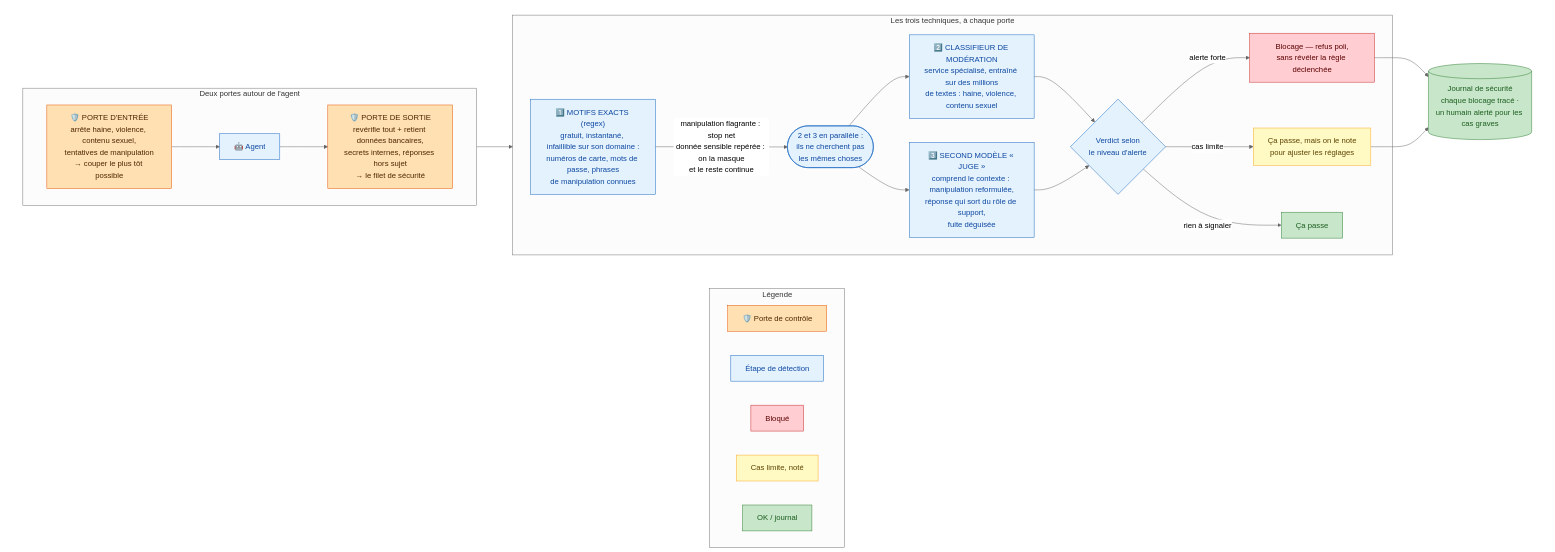
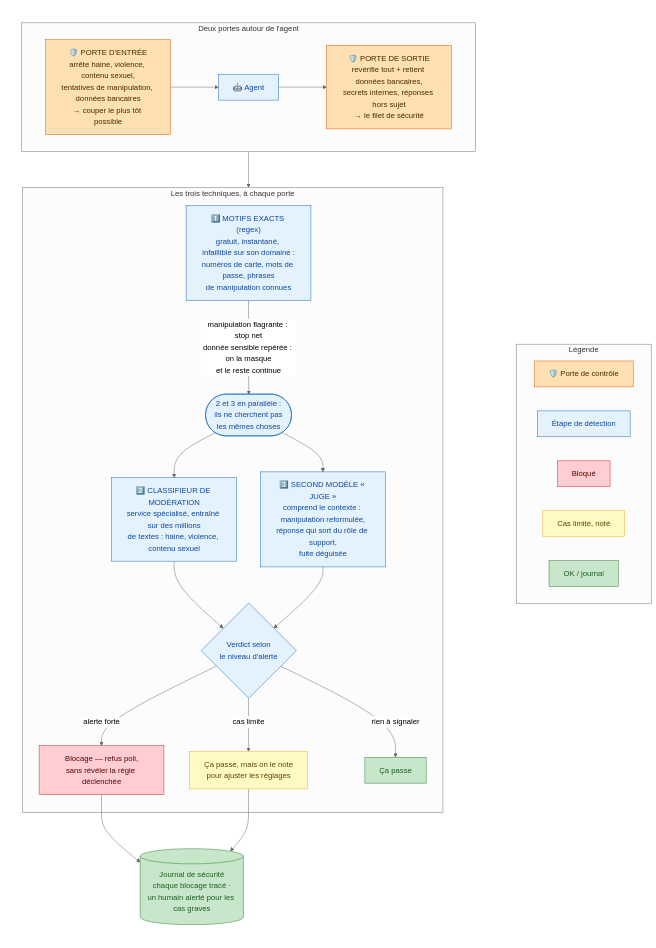
The diagram in docs/job/schemas/02-guardrails.md (sofiane-git/velmo-v2), drawn with Mermaid (neutral theme) before and after one commit. The commit also changed other lines of this file and 8 other files, not shown here.

````diff
--- a/docs/job/schemas/02-guardrails.md
+++ b/docs/job/schemas/02-guardrails.md
@@ -7,52 +7,52 @@
 ```mermaid
-flowchart TB
+flowchart LR
     subgraph MAIN[" "]
         subgraph PORTES["Deux portes autour de l'agent"]
             direction LR
-            GIN["🛡️ PORTE D'ENTRÉE<br/>arrête haine, violence, contenu sexuel,<br/>tentatives de manipulation<br/>→ couper le plus tôt possible"] --> AGENT["🤖 Agent"] --> GOUT["🛡️ PORTE DE SORTIE<br/>revérifie tout + retient données bancaires,<br/>secrets internes, réponses hors sujet<br/>→ le filet de sécurité"]
+            GIN["🛡️ PORTE D'ENTRÉE<br/>arrête haine, violence, contenu sexuel,<br/>tentatives de manipulation, données bancaires<br/>→ couper le plus tôt possible"] --> AGENT["🤖 Agent"] --> GOUT["🛡️ PORTE DE SORTIE<br/>revérifie tout + retient données bancaires,<br/>secrets internes, réponses hors sujet<br/>→ le filet de sécurité"]
         end
 
         subgraph PIPE["Les trois techniques, à chaque porte"]
             E1["1️⃣ MOTIFS EXACTS (regex)<br/>gratuit, instantané, infaillible sur son domaine :<br/>numéros de carte, mots de passe, phrases<br/>de manipulation connues"]
             E2["2️⃣ CLASSIFIEUR DE MODÉRATION<br/>service spécialisé, entraîné sur des millions<br/>de textes : haine, violence, contenu sexuel"]
             E3["3️⃣ SECOND MODÈLE « JUGE »<br/>comprend le contexte : manipulation reformulée,<br/>réponse qui sort du rôle de support,<br/>fuite déguisée"]
             E1 -->|"manipulation flagrante : stop net<br/>donnée sensible repérée : on la masque<br/>et le reste continue"| PAR(["2 et 3 en parallèle :<br/>ils ne cherchent pas<br/>les mêmes choses"])
             PAR --> E2
             PAR --> E3
             E2 --> AGG{"Verdict selon<br/>le niveau d'alerte"}
             E3 --> AGG
             AGG -->|"alerte forte"| BLK["Blocage — refus poli,<br/>sans révéler la règle déclenchée"]
             AGG -->|"cas limite"| FLG["Ça passe, mais on le note<br/>pour ajuster les réglages"]
             AGG -->|"rien à signaler"| OK["Ça passe"]
         end
 
         PORTES --> PIPE
         BLK --> LOG[("Journal de sécurité<br/>chaque blocage tracé ·<br/>un humain alerté pour les cas graves")]
         FLG --> LOG
     end
 
     MAIN --- LG1
 
     subgraph LEGEND["Légende"]
         direction LR
         LG1["🛡️ Porte de contrôle"]
         LG2["Étape de détection"]
         LG3["Bloqué"]
         LG4["Cas limite, noté"]
         LG5["OK / journal"]
     end
 
     classDef gate fill:#ffe0b2,stroke:#e65100,color:#4e2600;
     classDef stage fill:#e3f2fd,stroke:#1565c0,color:#0d47a1;
     classDef bad fill:#ffcdd2,stroke:#c62828,color:#5c0000;
     classDef warn fill:#fff9c4,stroke:#f9a825,color:#5c4400;
     classDef good fill:#c8e6c9,stroke:#2e7d32,color:#1b5e20;
     class GIN,GOUT,LG1 gate;
     class E1,E2,E3,AGG,PAR,AGENT,LG2 stage;
     class BLK,LG3 bad;
     class FLG,LG4 warn;
     class OK,LOG,LG5 good;
     style MAIN fill:none,stroke:none;
     %% connecteur invisible (force la légende en bas) — index = ordre des flèches, recalculer si le flux change
     linkStyle 13 stroke:none;
 ```
````
